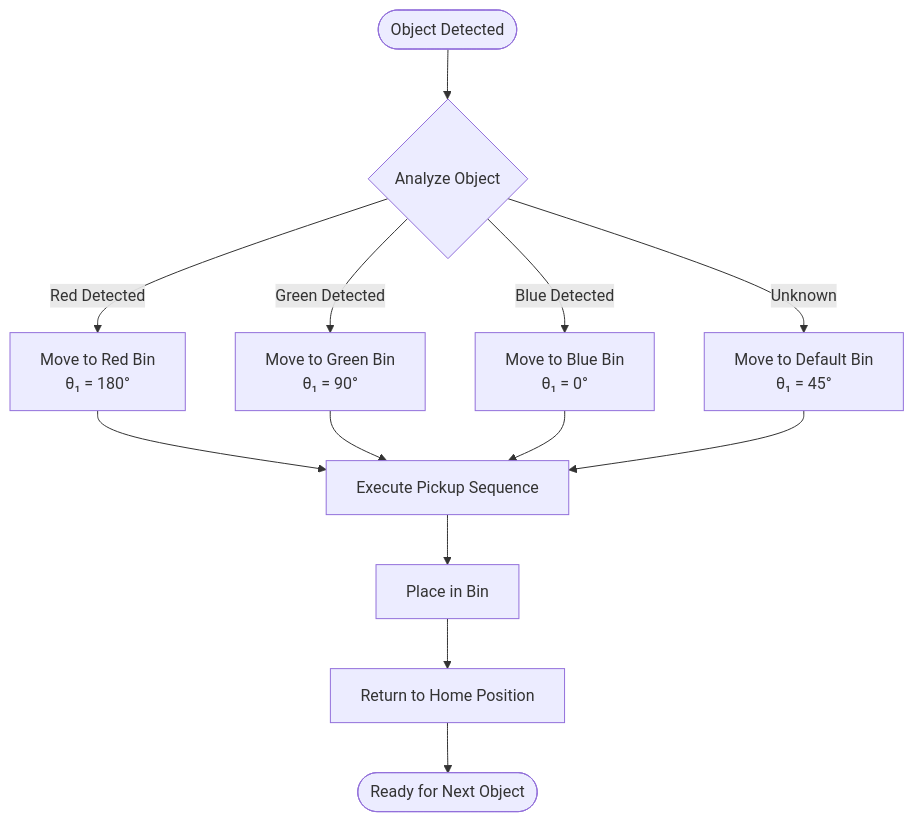
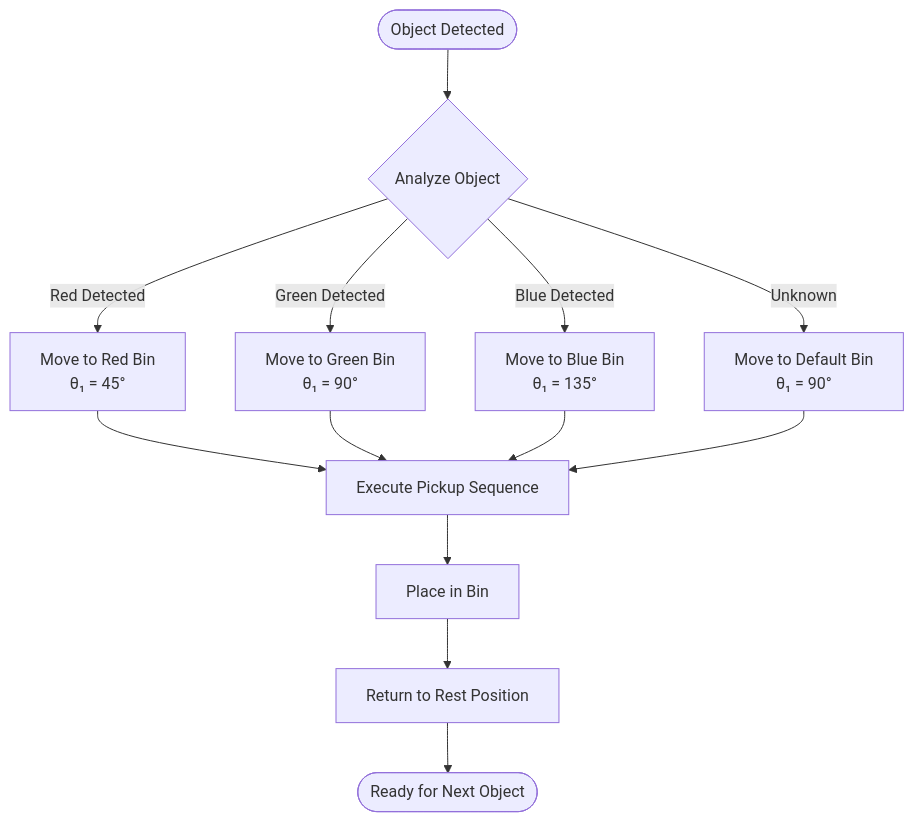
Before and after one commit to Red-misst/arm-robot-iot: the ninth of 11 diagrams in README.md, drawn with Mermaid. The commit also changed other lines of this file and 5 other files, not shown here.

````diff
--- a/README.md
+++ b/README.md
@@ -435,17 +435,17 @@
 ```mermaid
 flowchart TD
     Start(["Object Detected"]) --> Analysis{"Analyze Object"}
-    Analysis -->|Red Detected| RedBin["Move to Red Bin<br/>θ₁ = 180°"]
+    Analysis -->|Red Detected| RedBin["Move to Red Bin<br/>θ₁ = 45°"]
     Analysis -->|Green Detected| GreenBin["Move to Green Bin<br/>θ₁ = 90°"]
-    Analysis -->|Blue Detected| BlueBin["Move to Blue Bin<br/>θ₁ = 0°"]
-    Analysis -->|Unknown| DefaultBin["Move to Default Bin<br/>θ₁ = 45°"]
+    Analysis -->|Blue Detected| BlueBin["Move to Blue Bin<br/>θ₁ = 135°"]
+    Analysis -->|Unknown| DefaultBin["Move to Default Bin<br/>θ₁ = 90°"]
     
     RedBin --> Pickup["Execute Pickup Sequence"]
     GreenBin --> Pickup
     BlueBin --> Pickup
     DefaultBin --> Pickup
     
     Pickup --> Place["Place in Bin"]
-    Place --> Return["Return to Home Position"]
+    Place --> Return["Return to Rest Position"]
     Return --> Ready(["Ready for Next Object"])
 ```
````
